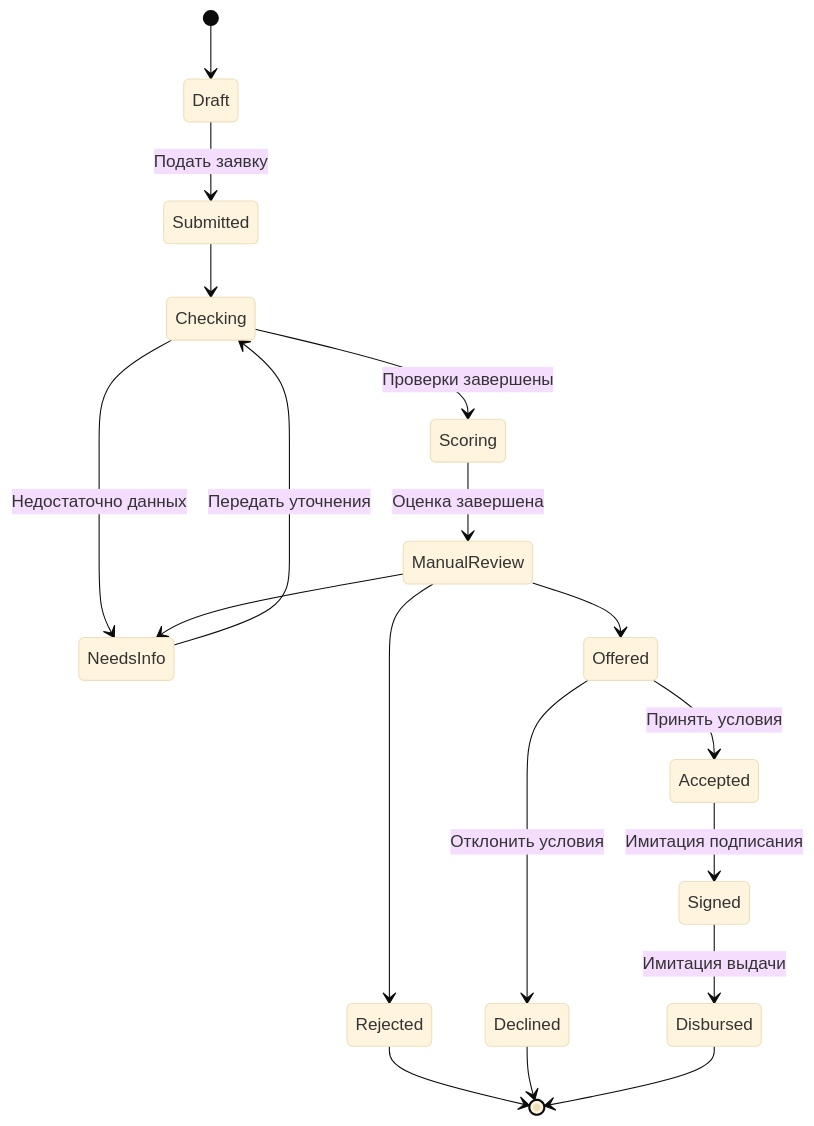
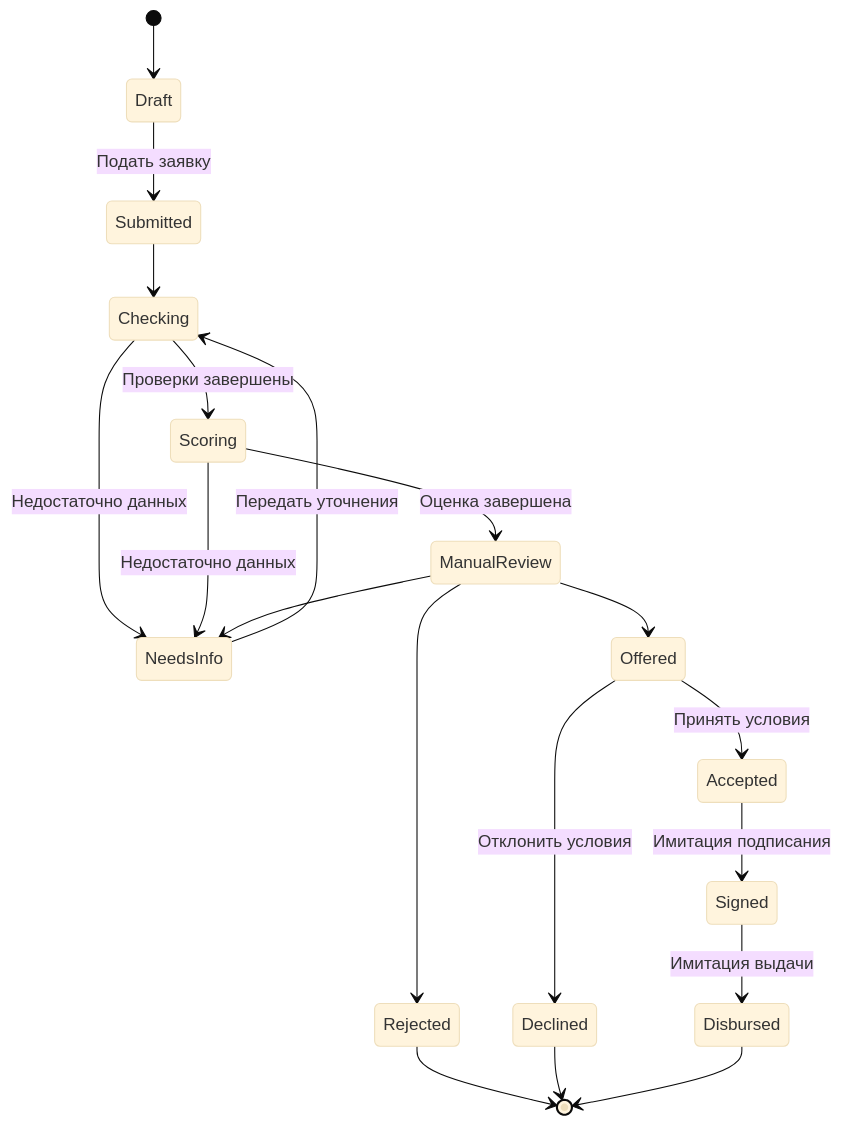
The second of 2 diagrams in docs/ARCHITECTURE.md (GoshaMak/smart-credit-office), drawn with Mermaid (base theme) before and after one commit. The commit also changed other lines of this file and 18 other files, not shown here.

````diff
--- a/docs/ARCHITECTURE.md
+++ b/docs/ARCHITECTURE.md
@@ -81,20 +81,21 @@
 ```mermaid
 stateDiagram-v2
     [*] --> Draft
     Draft --> Submitted: Подать заявку
     Submitted --> Checking
     Checking --> NeedsInfo: Недостаточно данных
     NeedsInfo --> Checking: Передать уточнения
     Checking --> Scoring: Проверки завершены
+    Scoring --> NeedsInfo: Недостаточно данных
     Scoring --> ManualReview: Оценка завершена
     ManualReview --> NeedsInfo
     ManualReview --> Offered
     ManualReview --> Rejected
     Offered --> Accepted: Принять условия
     Offered --> Declined: Отклонить условия
     Accepted --> Signed: Имитация подписания
     Signed --> Disbursed: Имитация выдачи
     Rejected --> [*]
     Declined --> [*]
     Disbursed --> [*]
 ```
````
